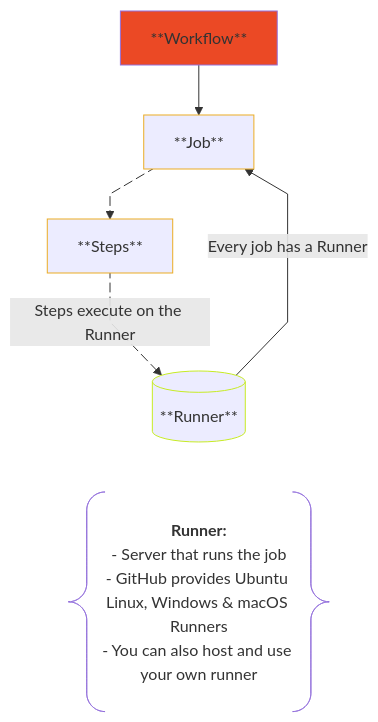
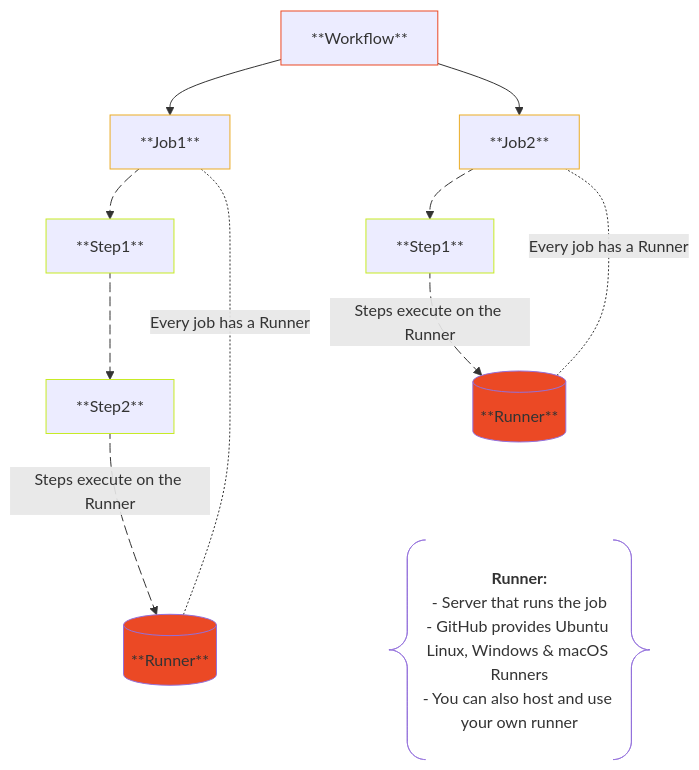
The second of 2 diagrams in content/posts/training/GitHub/2025-github-actions/03-fundamentals/index.md (rtdevx/rtdevx.github.io), drawn with Mermaid before and after one commit. The commit also changed other lines of this file, not shown here.

Commit message:
Obsidian sync: 2025-12-09 12:25:13

```diff
--- a/content/posts/training/GitHub/2025-github-actions/03-fundamentals/index.md
+++ b/content/posts/training/GitHub/2025-github-actions/03-fundamentals/index.md
@@ -182,24 +207,31 @@
 {{< mermaid >}}
 flowchart TD
 
 E@{ shape: braces, label: "**Runner:**
 - Server that runs the job
 - GitHub provides Ubuntu Linux, Windows & macOS Runners
 - You can also host and use your own runner" }
 
 classDef redclass fill:#EB4925
+classDef redclasss stroke:#EB4925
 classDef yellowclass stroke:#EBAC25
 classDef greenclass stroke:#C7EB25
 
-  A[**Workflow**]:::redclass a1@--> B[**Job**]:::yellowclass
-  a1@{ curve: linear }
-  B b1@--> C[**Steps**]:::yellowclass
-  b1@{ curve: linear }
+  A[**Workflow**]:::redclasss a1@--> B1[**Job1**]:::yellowclass
+  B1 b1@--> C1[**Step1**]:::greenclass
+  C1 c2@--> C2[**Step2**]:::greenclass  
   b1@{ animate: true }  
-  C c1@-->|Steps execute on the Runner| D[(**Runner**)]:::greenclass
-  c1@{ curve: linear }
+  c2@{ animate: true }   
+  C2 c1@-->|Steps execute on the Runner| D1[(**Runner**)]:::redclass
   c1@{ animate: true }  
-  D d1@-->|Every job has a Runner| B[**Job**]
-  d1@{ curve: linear }
-   D ~~~ E
+  D1 -.-|Every job has a Runner| B1
+
+  A[**Workflow**]:::redclasss a1@--> B2[**Job2**]:::yellowclass  
+  B2 b2@--> C3[**Step1**]:::greenclass
+  b2@{ animate: true }
+  C3 c3@-->|Steps execute on the Runner| D2[(**Runner**)]:::redclass
+  c3@{ animate: true }
+  D2 -.- |Every job has a Runner| B2  
+
+  D2 ~~~ E
 {{< /mermaid >}}
```
